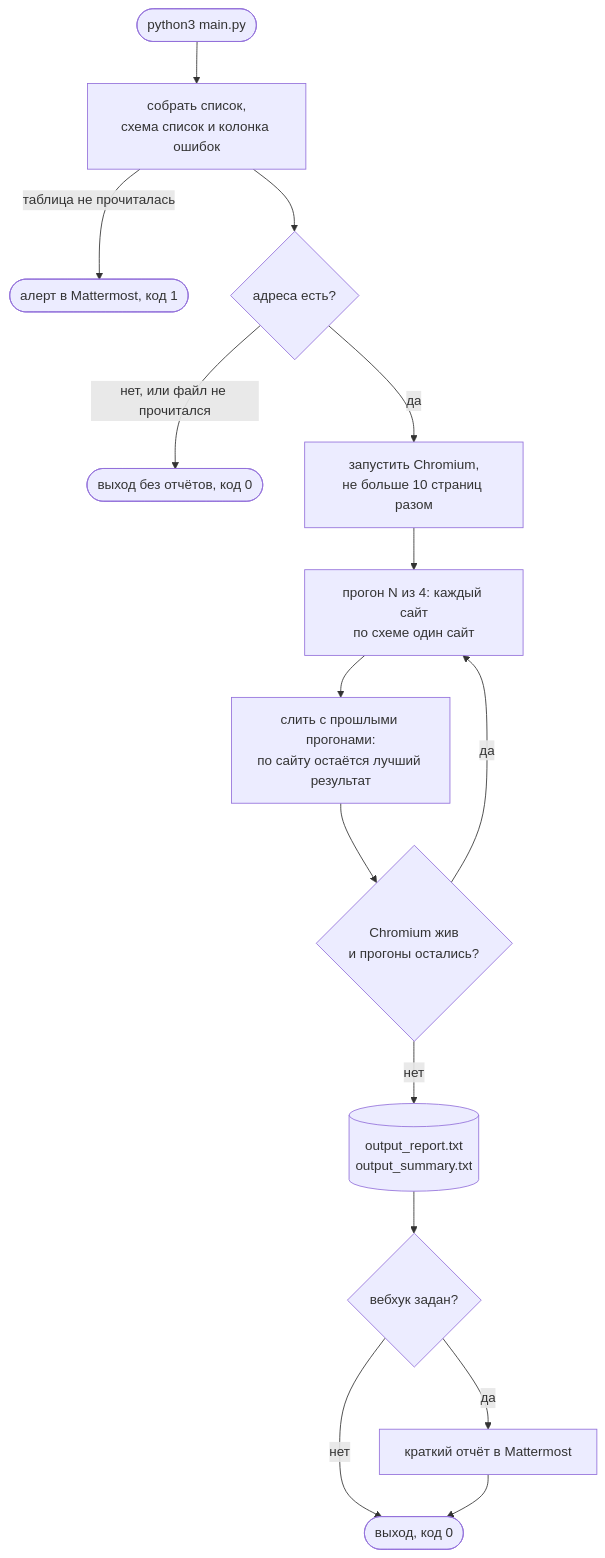
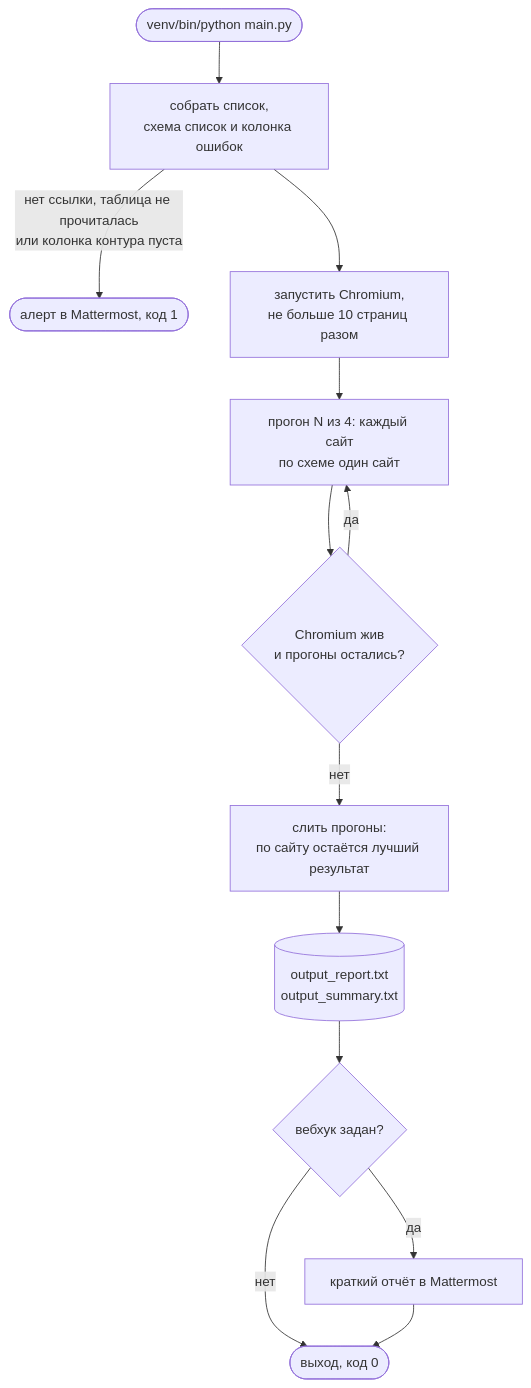
One commit to not-hehe/digital_tools changed the first of 5 diagrams in analytics/google_page_checker/README.md. Above: the diagram before and after it, drawn with Mermaid. The commit also changed other lines of this file and 20 other files, not shown here.

First line of the commit message:
google_page_checker: список только из Google-таблицы, убран мёртвый код и Excel

````diff
--- a/analytics/google_page_checker/README.md
+++ b/analytics/google_page_checker/README.md
@@ -108,17 +106,15 @@
 ```mermaid
 flowchart TD
-    START([python3 main.py]) --> READ[собрать список,<br/>схема список и колонка ошибок]
-    READ -->|таблица не прочиталась| END1([алерт в Mattermost, код 1])
-    READ --> EMPTY{адреса есть?}
-    EMPTY -->|нет, или файл не прочитался| END0([выход без отчётов, код 0])
-    EMPTY -->|да| BR[запустить Chromium,<br/>не больше 10 страниц разом]
+    START([venv/bin/python main.py]) --> READ[собрать список,<br/>схема список и колонка ошибок]
+    READ -->|нет ссылки, таблица не прочиталась<br/>или колонка контура пуста| END1([алерт в Mattermost, код 1])
+    READ --> BR[запустить Chromium,<br/>не больше 10 страниц разом]
     BR --> RUN[прогон N из 4: каждый сайт<br/>по схеме один сайт]
-    RUN --> MERGE[слить с прошлыми прогонами:<br/>по сайту остаётся лучший результат]
-    MERGE --> MORE{Chromium жив<br/>и прогоны остались?}
+    RUN --> MORE{Chromium жив<br/>и прогоны остались?}
     MORE -->|да| RUN
-    MORE -->|нет| REP[(output_report.txt<br/>output_summary.txt)]
+    MORE -->|нет| MERGE[слить прогоны:<br/>по сайту остаётся лучший результат]
+    MERGE --> REP[(output_report.txt<br/>output_summary.txt)]
     REP --> HOOK{вебхук задан?}
     HOOK -->|да| MM[краткий отчёт в Mattermost]
     HOOK -->|нет| END([выход, код 0])
     MM --> END
 ```
````
